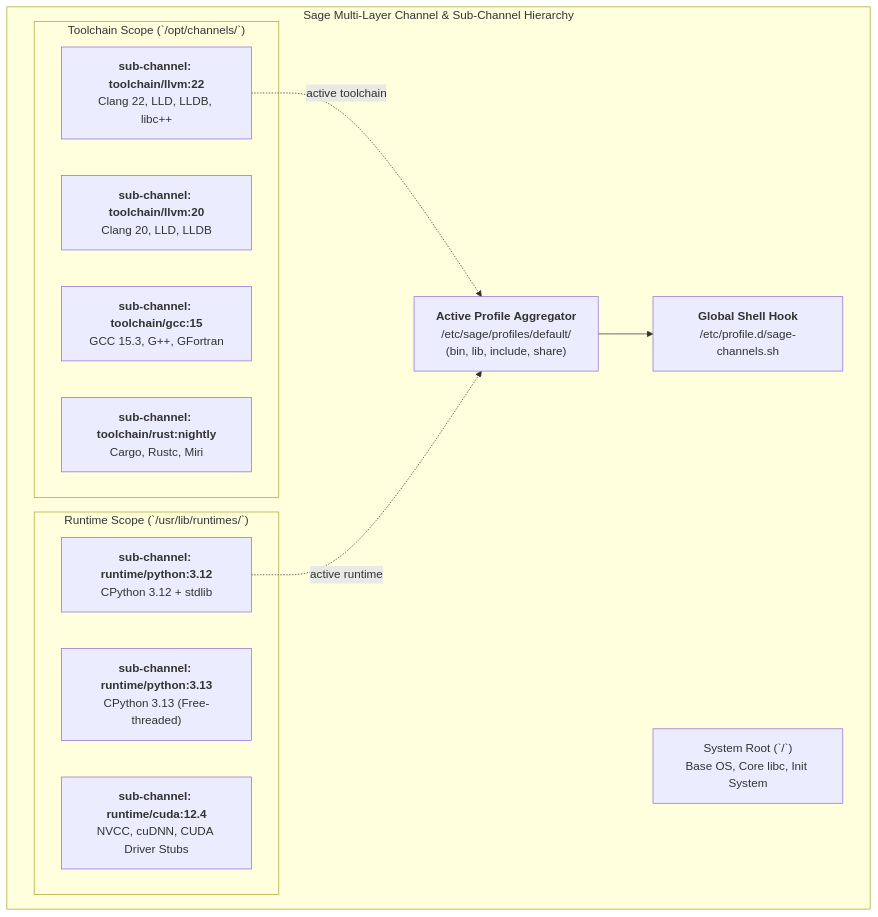
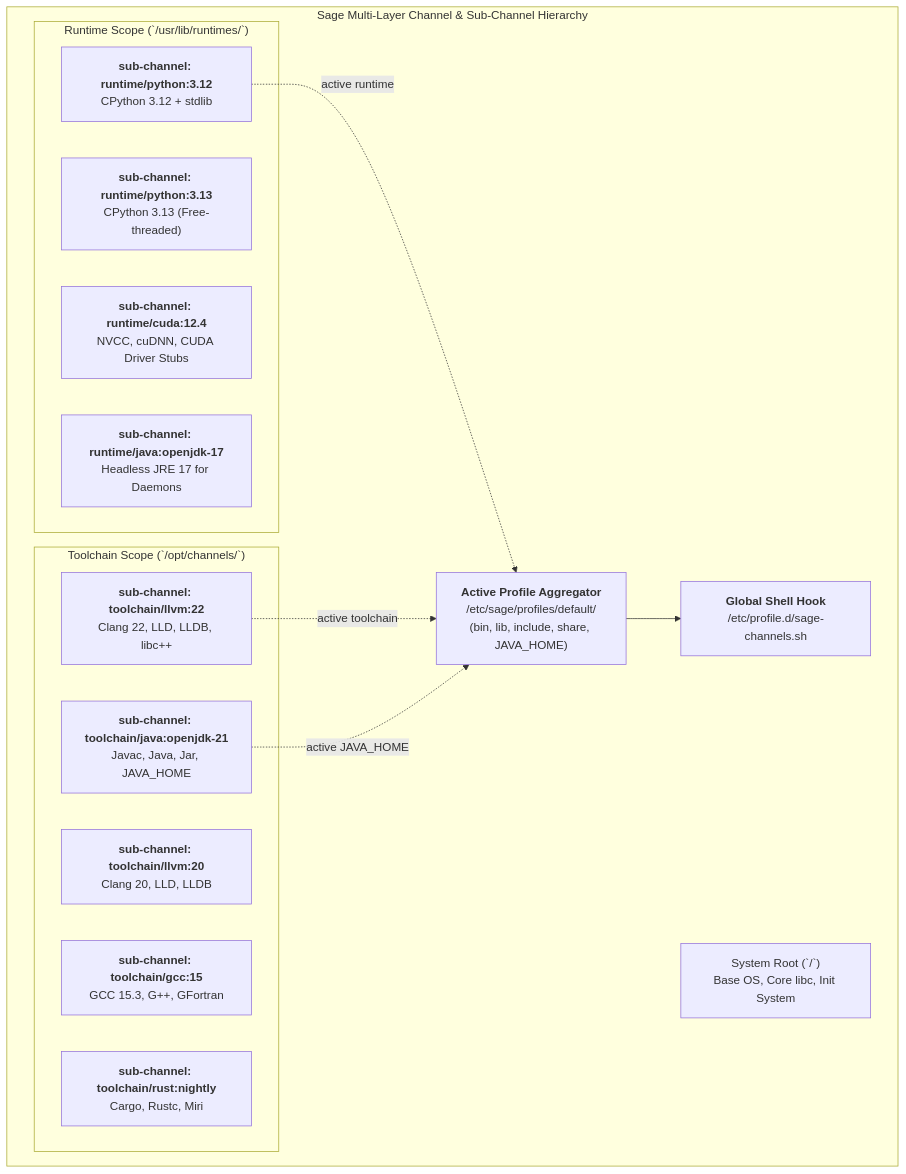
Before and after one commit to antinomie1/sage: the diagram in docs/NEXTSTEP.md, drawn with Mermaid. The commit also changed other lines of this file, not shown here.

Commit message:
docs(spec): complete packaging rules, triggers, schema versioning, and roadmap in NEXTSTEP.md

````diff
--- a/docs/NEXTSTEP.md
+++ b/docs/NEXTSTEP.md
@@ -21,26 +284,29 @@
 ```mermaid
 graph TB
     subgraph ChannelSystem["Sage Multi-Layer Channel & Sub-Channel Hierarchy"]
         SystemRoot["System Root (`/`)<br/>Base OS, Core libc, Init System"]
         
         subgraph ToolchainScope["Toolchain Scope (`/opt/channels/`)"]
             LLVM22["<b>sub-channel: toolchain/llvm:22</b><br/>Clang 22, LLD, LLDB, libc++"]
             LLVM20["<b>sub-channel: toolchain/llvm:20</b><br/>Clang 20, LLD, LLDB"]
             GCC15["<b>sub-channel: toolchain/gcc:15</b><br/>GCC 15.3, G++, GFortran"]
             RustNightly["<b>sub-channel: toolchain/rust:nightly</b><br/>Cargo, Rustc, Miri"]
+            Java21["<b>sub-channel: toolchain/java:openjdk-21</b><br/>Javac, Java, Jar, JAVA_HOME"]
         end
 
         subgraph RuntimeScope["Runtime Scope (`/usr/lib/runtimes/`)"]
             Py312["<b>sub-channel: runtime/python:3.12</b><br/>CPython 3.12 + stdlib"]
             Py313["<b>sub-channel: runtime/python:3.13</b><br/>CPython 3.13 (Free-threaded)"]
             CUDA12["<b>sub-channel: runtime/cuda:12.4</b><br/>NVCC, cuDNN, CUDA Driver Stubs"]
+            JavaJRE17["<b>sub-channel: runtime/java:openjdk-17</b><br/>Headless JRE 17 for Daemons"]
         end
 
-        ProfileAggregator["<b>Active Profile Aggregator</b><br/>/etc/sage/profiles/default/<br/>(bin, lib, include, share)"]
+        ProfileAggregator["<b>Active Profile Aggregator</b><br/>/etc/sage/profiles/default/<br/>(bin, lib, include, share, JAVA_HOME)"]
         ShellHook["<b>Global Shell Hook</b><br/>/etc/profile.d/sage-channels.sh"]
     end
 
     LLVM22 -. "active toolchain" .-> ProfileAggregator
     Py312 -. "active runtime" .-> ProfileAggregator
+    Java21 -. "active JAVA_HOME" .-> ProfileAggregator
     ProfileAggregator --> ShellHook
 ```
````
